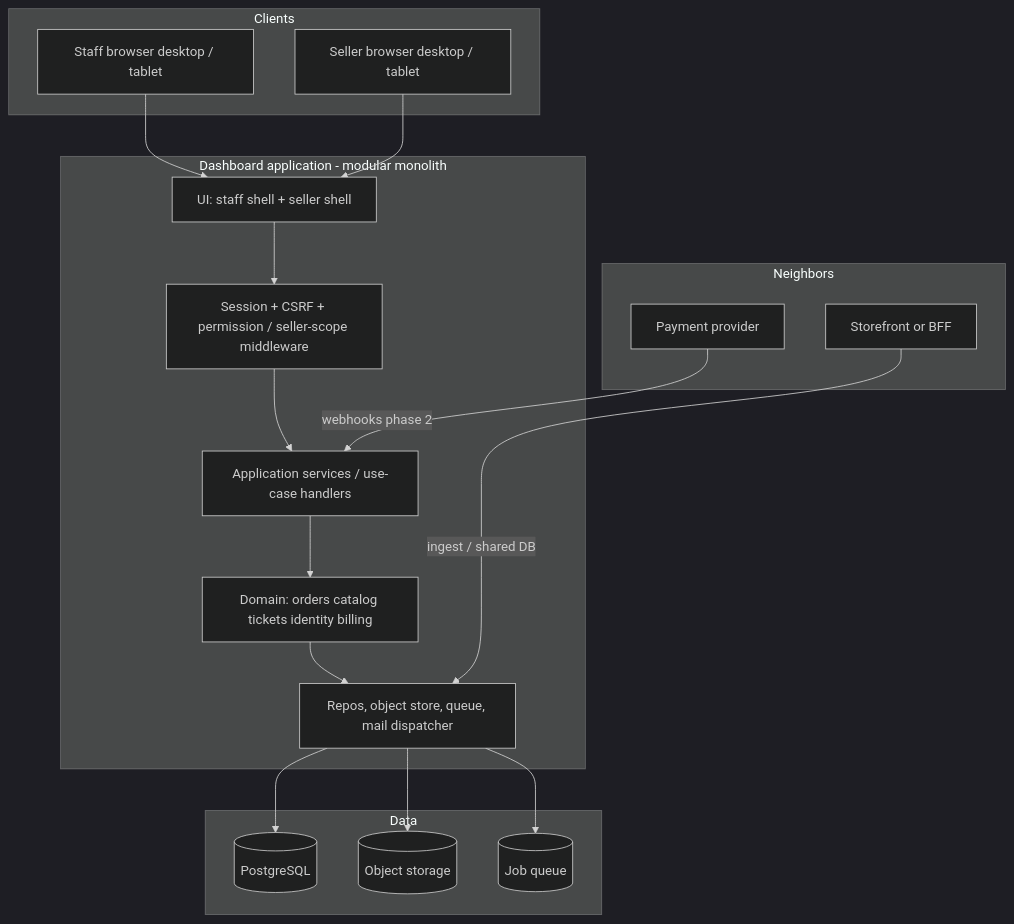
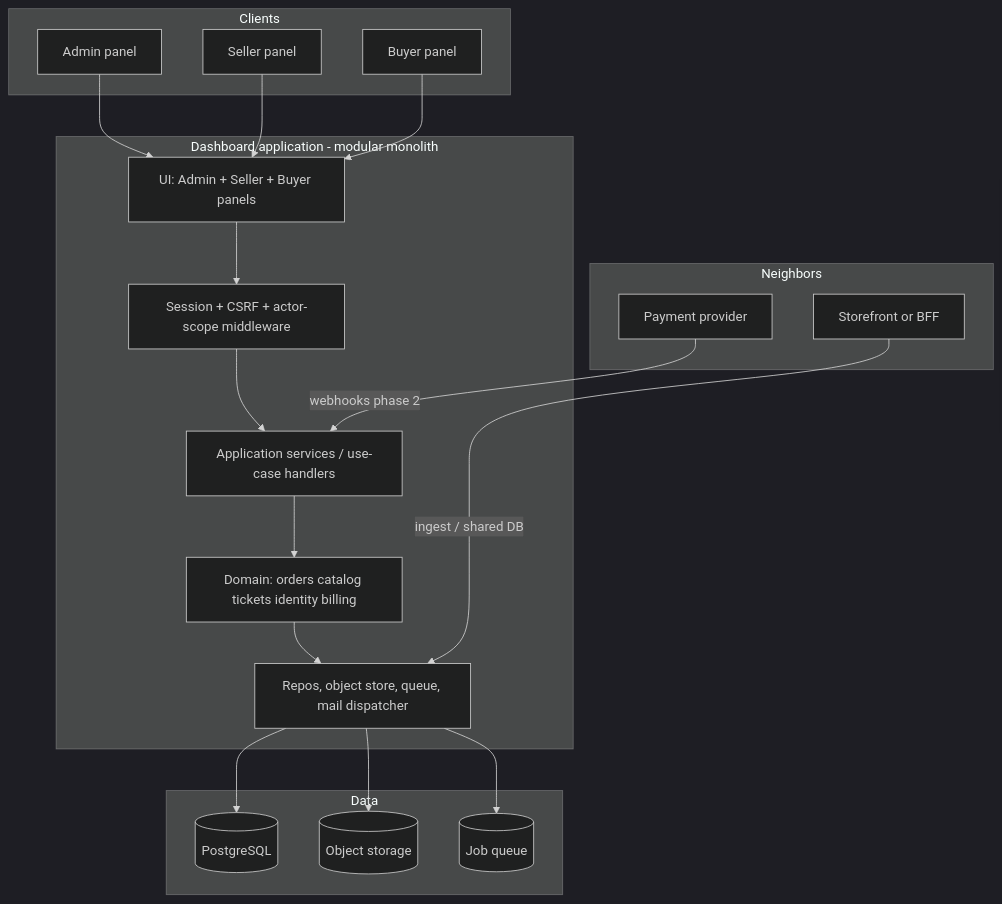
The second of 4 diagrams in system-design.md (nafasebra/order-manager-docs), drawn with Mermaid (dark theme) before and after one commit. The commit also changed other lines of this file and 8 other files, not shown here.

````diff
--- a/system-design.md
+++ b/system-design.md
@@ -46,35 +63,37 @@
 ```mermaid
 flowchart TB
   subgraph Clients
-    BROWSER[Staff browser desktop / tablet]
-    SELLERUI[Seller browser desktop / tablet]
+    BROWSER[Admin panel]
+    SELLERUI[Seller panel]
+    BUYERUI[Buyer panel]
   end
 
   subgraph App["Dashboard application - modular monolith"]
-    UI[UI: staff shell + seller shell]
-    MW[Session + CSRF + permission / seller-scope middleware]
+    UI[UI: Admin + Seller + Buyer panels]
+    MW[Session + CSRF + actor-scope middleware]
     APP[Application services / use-case handlers]
     DOM[Domain: orders catalog tickets identity billing]
     INF[Repos, object store, queue, mail dispatcher]
   end
 
   subgraph Data
     PG[(PostgreSQL)]
     OBJ[(Object storage)]
     Q[(Job queue)]
   end
 
   subgraph Neighbors
     SF[Storefront or BFF]
     PAY[Payment provider]
   end
 
   BROWSER --> UI
   SELLERUI --> UI
+  BUYERUI --> UI
   UI --> MW --> APP --> DOM --> INF
   INF --> PG
   INF --> OBJ
   INF --> Q
   SF -->|ingest / shared DB| INF
   PAY -->|webhooks phase 2| APP
 ```
````
